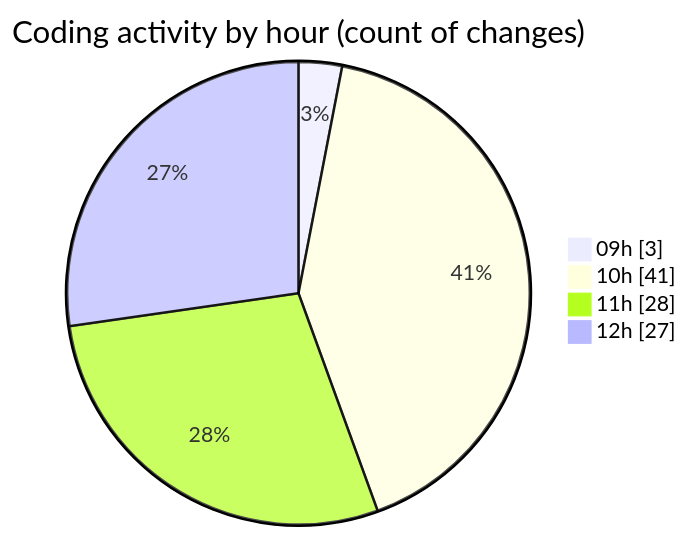
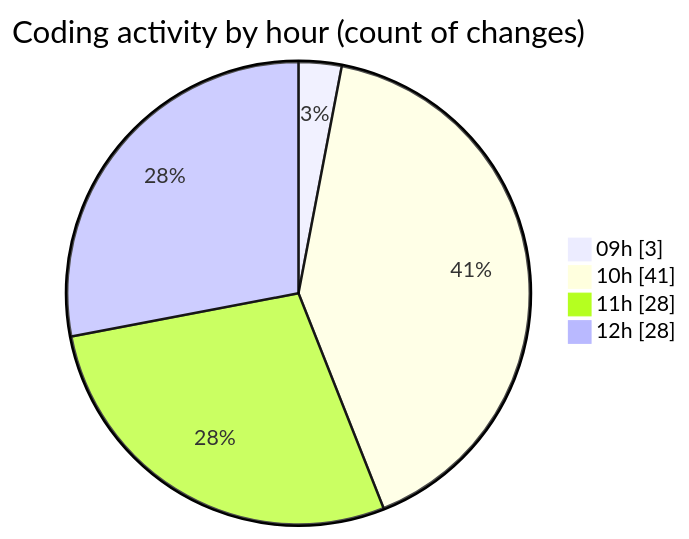
Before and after one commit to CELIANVF/code-tracking: the second of 2 diagrams in 2025-05-19/ecodeli-1/README.md, drawn with Mermaid. The commit also changed other lines of this file and 1 other file, not shown here.

````diff
--- a/2025-05-19/ecodeli-1/README.md
+++ b/2025-05-19/ecodeli-1/README.md
@@ -61,8 +61,8 @@
 ```mermaid
 pie showData
 title Coding activity by hour (count of changes)
 "09h" : 3
 "10h" : 41
 "11h" : 28
-"12h" : 27
+"12h" : 28
 ```
````
